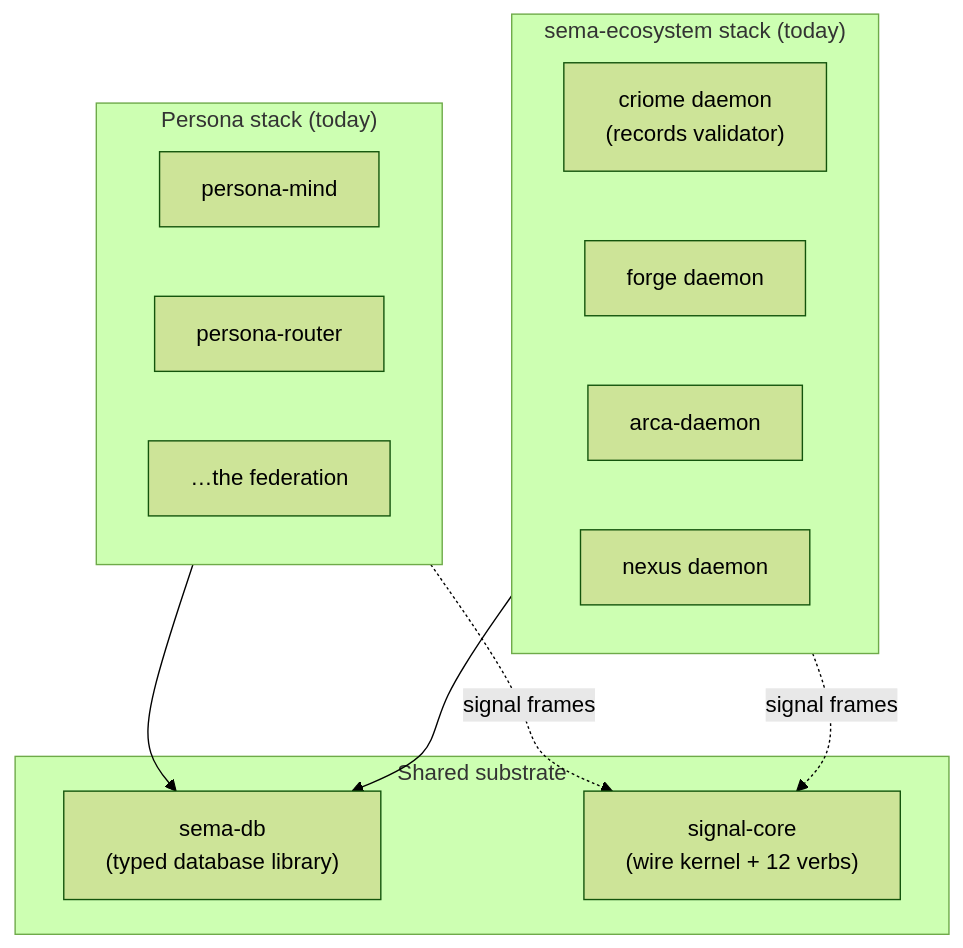
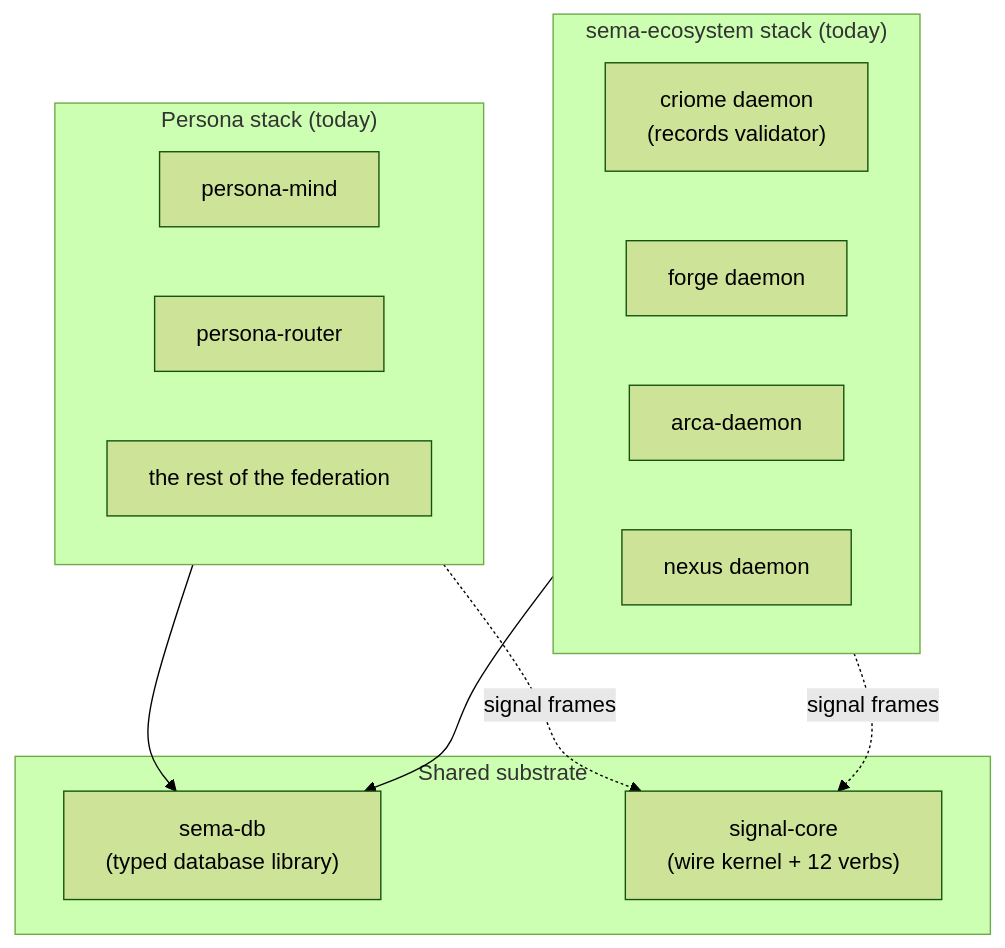
The fifth of 18 diagrams in reports/designer/114-persona-vision-as-of-2026-05-11.md (LiGoldragon/primary), drawn with Mermaid (forest theme) before and after one commit. The commit also changed other lines of this file, not shown here.

````diff
--- a/reports/designer/114-persona-vision-as-of-2026-05-11.md
+++ b/reports/designer/114-persona-vision-as-of-2026-05-11.md
@@ -261,25 +266,25 @@
 ```mermaid
 flowchart TB
     subgraph persona_today["Persona stack (today)"]
         p_mind["persona-mind"]
         p_router["persona-router"]
-        p_etc["…the federation"]
+        p_etc["the rest of the federation"]
     end
 
     subgraph sema_today["sema-ecosystem stack (today)"]
         criome_d["criome daemon<br/>(records validator)"]
         forge_d["forge daemon"]
         arca_d["arca-daemon"]
         nexus_d["nexus daemon"]
     end
 
     subgraph shared["Shared substrate"]
         sema_lib["sema-db<br/>(typed database library)"]
         sig_core["signal-core<br/>(wire kernel + 12 verbs)"]
     end
 
     persona_today --> sema_lib
     sema_today --> sema_lib
     persona_today -.->|signal frames| sig_core
     sema_today -.->|signal frames| sig_core
 ```
````
